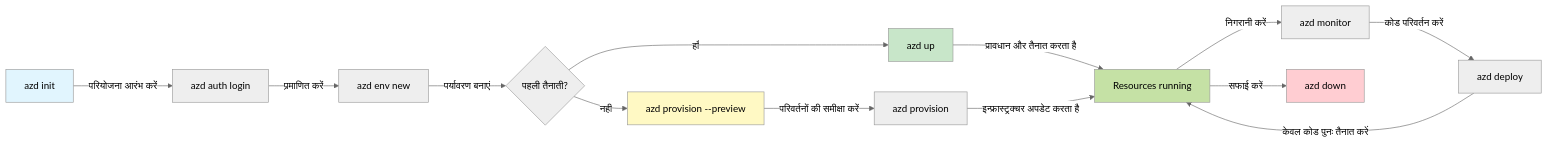
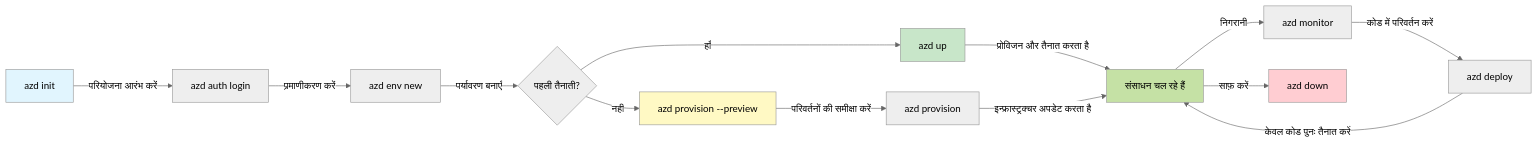
One commit to microsoft/AZD-for-beginners changed the first of 2 diagrams in translations/hi/docs/chapter-01-foundation/azd-basics.md. Above: the diagram before and after it, drawn with Mermaid (neutral theme). The commit also changed other lines of this file and 104 other files, not shown here.

````diff
--- a/translations/hi/docs/chapter-01-foundation/azd-basics.md
+++ b/translations/hi/docs/chapter-01-foundation/azd-basics.md
@@ -269,21 +269,21 @@
 ```mermaid
 graph LR
     A[azd init] -->|परियोजना आरंभ करें| B[azd auth login]
-    B -->|प्रमाणित करें| C[azd env new]
-    C -->|पर्यावरण बनाएं| D{पहली तैनाती?}
+    B -->|प्रमाणीकरण करें| C[azd env new]
+    C -->|पर्यावरण बनाएँ| D{पहली तैनाती?}
     D -->|हाँ| E[azd up]
     D -->|नहीं| F[azd provision --preview]
     F -->|परिवर्तनों की समीक्षा करें| G[azd provision]
-    E -->|प्रावधान और तैनात करता है| H[Resources running]
+    E -->|प्रोविजन और तैनात करता है| H[संसाधन चल रहे हैं]
     G -->|इन्फ्रास्ट्रक्चर अपडेट करता है| H
-    H -->|निगरानी करें| I[azd monitor]
-    I -->|कोड परिवर्तन करें| J[azd deploy]
+    H -->|निगरानी| I[azd monitor]
+    I -->|कोड में परिवर्तन करें| J[azd deploy]
     J -->|केवल कोड पुनः तैनात करें| H
-    H -->|सफाई करें| K[azd down]
+    H -->|साफ़ करें| K[azd down]
     
     style A fill:#e1f5fe
     style E fill:#c8e6c9
     style F fill:#fff9c4
     style H fill:#c5e1a5
     style K fill:#ffcdd2
 ```
````
